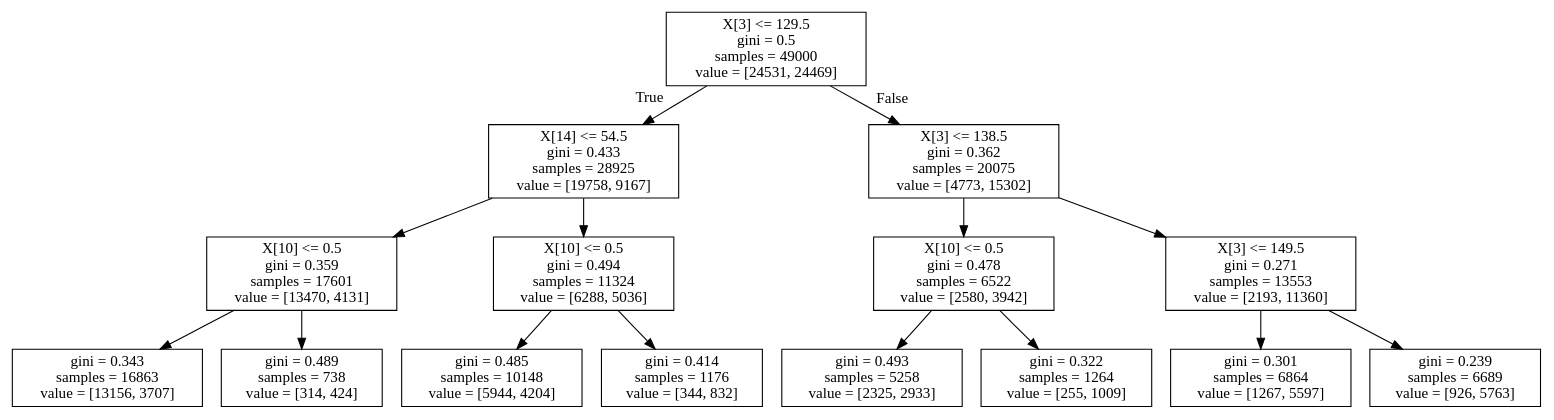
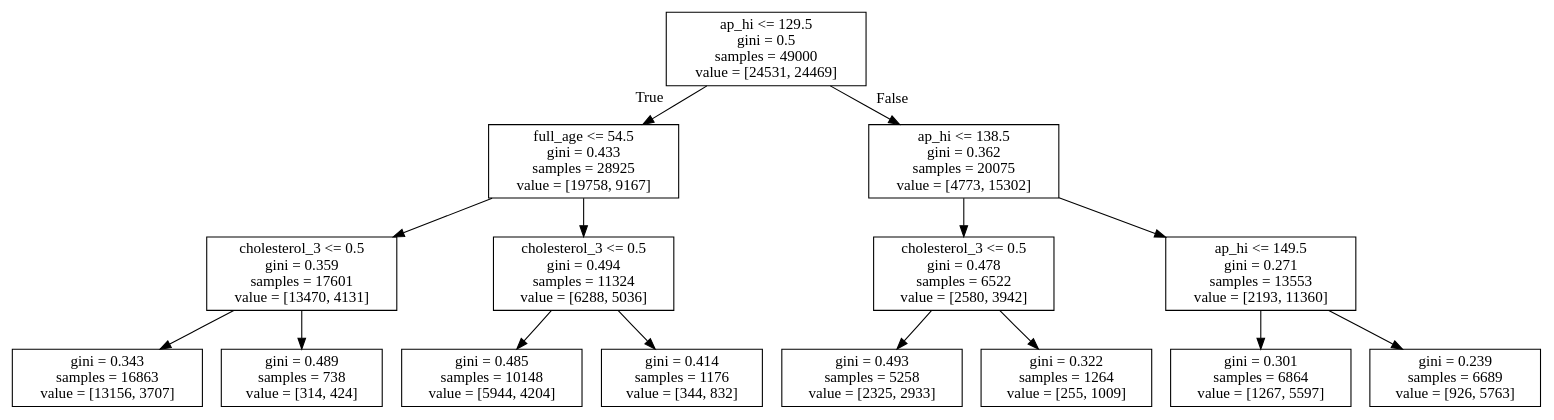
Before and after one commit to plyutik/mlcourse.ai: the diagram in jupyter_english/assignments_fall2018/tree.dot, drawn with Graphviz. The commit also changed 1 other file, not shown here.

```diff
--- a/jupyter_english/assignments_fall2018/tree.dot
+++ b/jupyter_english/assignments_fall2018/tree.dot
@@ -1,32 +1,32 @@
 digraph Tree {
 node [shape=box] ;
-0 [label="X[3] <= 129.5\ngini = 0.5\nsamples = 49000\nvalue = [24531, 24469]"] ;
-1 [label="X[14] <= 54.5\ngini = 0.433\nsamples = 28925\nvalue = [19758, 9167]"] ;
+0 [label="ap_hi <= 129.5\ngini = 0.5\nsamples = 49000\nvalue = [24531, 24469]"] ;
+1 [label="full_age <= 54.5\ngini = 0.433\nsamples = 28925\nvalue = [19758, 9167]"] ;
 0 -> 1 [labeldistance=2.5, labelangle=45, headlabel="True"] ;
-2 [label="X[10] <= 0.5\ngini = 0.359\nsamples = 17601\nvalue = [13470, 4131]"] ;
+2 [label="cholesterol_3 <= 0.5\ngini = 0.359\nsamples = 17601\nvalue = [13470, 4131]"] ;
 1 -> 2 ;
 3 [label="gini = 0.343\nsamples = 16863\nvalue = [13156, 3707]"] ;
 2 -> 3 ;
 4 [label="gini = 0.489\nsamples = 738\nvalue = [314, 424]"] ;
 2 -> 4 ;
-5 [label="X[10] <= 0.5\ngini = 0.494\nsamples = 11324\nvalue = [6288, 5036]"] ;
+5 [label="cholesterol_3 <= 0.5\ngini = 0.494\nsamples = 11324\nvalue = [6288, 5036]"] ;
 1 -> 5 ;
 6 [label="gini = 0.485\nsamples = 10148\nvalue = [5944, 4204]"] ;
 5 -> 6 ;
 7 [label="gini = 0.414\nsamples = 1176\nvalue = [344, 832]"] ;
 5 -> 7 ;
-8 [label="X[3] <= 138.5\ngini = 0.362\nsamples = 20075\nvalue = [4773, 15302]"] ;
+8 [label="ap_hi <= 138.5\ngini = 0.362\nsamples = 20075\nvalue = [4773, 15302]"] ;
 0 -> 8 [labeldistance=2.5, labelangle=-45, headlabel="False"] ;
-9 [label="X[10] <= 0.5\ngini = 0.478\nsamples = 6522\nvalue = [2580, 3942]"] ;
+9 [label="cholesterol_3 <= 0.5\ngini = 0.478\nsamples = 6522\nvalue = [2580, 3942]"] ;
 8 -> 9 ;
 10 [label="gini = 0.493\nsamples = 5258\nvalue = [2325, 2933]"] ;
 9 -> 10 ;
 11 [label="gini = 0.322\nsamples = 1264\nvalue = [255, 1009]"] ;
 9 -> 11 ;
-12 [label="X[3] <= 149.5\ngini = 0.271\nsamples = 13553\nvalue = [2193, 11360]"] ;
+12 [label="ap_hi <= 149.5\ngini = 0.271\nsamples = 13553\nvalue = [2193, 11360]"] ;
 8 -> 12 ;
 13 [label="gini = 0.301\nsamples = 6864\nvalue = [1267, 5597]"] ;
 12 -> 13 ;
 14 [label="gini = 0.239\nsamples = 6689\nvalue = [926, 5763]"] ;
 12 -> 14 ;
 }
```
